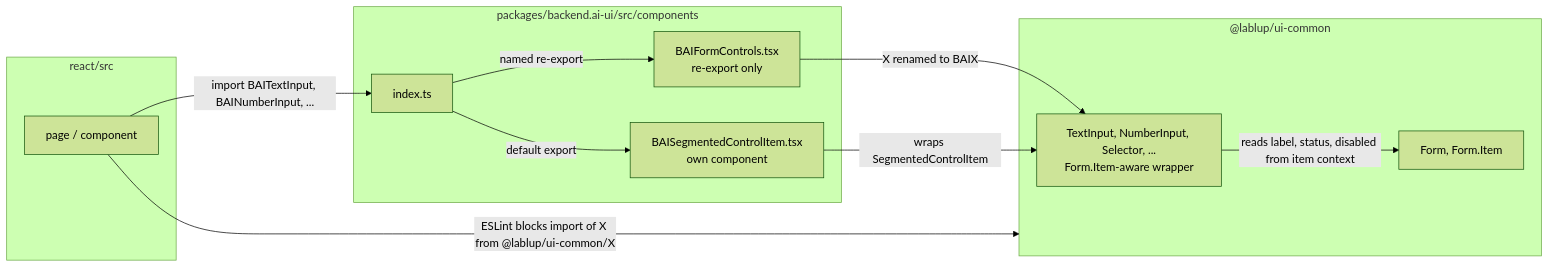
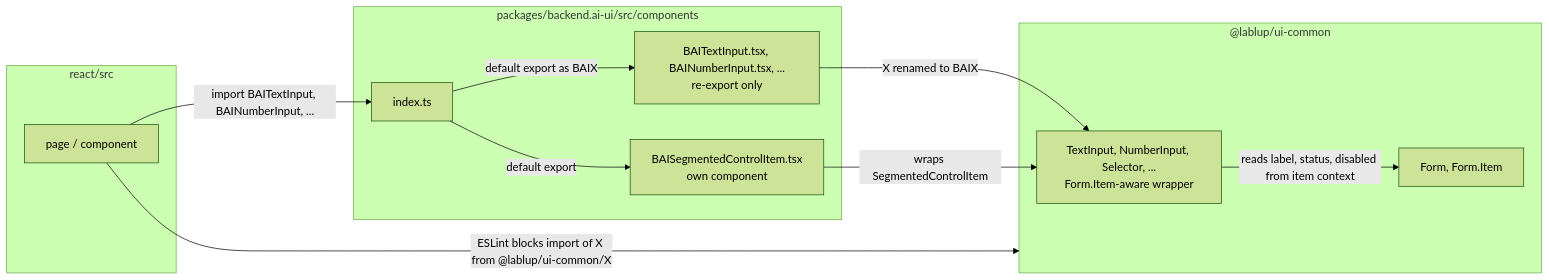
One commit to lablup/backend.ai-webui changed the diagram in docs/adr/0014-bai-names-for-ui-common-form-controls.md. Above: the diagram before and after it, drawn with Mermaid (forest theme). The commit also changed other lines of this file and 43 other files, not shown here.

````diff
--- a/docs/adr/0014-bai-names-for-ui-common-form-controls.md
+++ b/docs/adr/0014-bai-names-for-ui-common-form-controls.md
@@ -23,22 +23,22 @@
 ```mermaid
 flowchart LR
   subgraph react["react/src"]
     page["page / component"]
   end
   subgraph bui["packages/backend.ai-ui/src/components"]
     barrel["index.ts"]
-    fc["BAIFormControls.tsx<br/>re-export only"]
+    fc["BAITextInput.tsx, BAINumberInput.tsx, ...<br/>re-export only"]
     item["BAISegmentedControlItem.tsx<br/>own component"]
   end
   subgraph uic["@lablup/ui-common"]
     ctl["TextInput, NumberInput, Selector, ...<br/>Form.Item-aware wrapper"]
     form["Form, Form.Item"]
   end
   page -- "import BAITextInput, BAINumberInput, ..." --> barrel
-  barrel -- "named re-export" --> fc
+  barrel -- "default export as BAIX" --> fc
   barrel -- "default export" --> item
   fc -- "X renamed to BAIX" --> ctl
   item -- "wraps SegmentedControlItem" --> ctl
   ctl -- "reads label, status, disabled from item context" --> form
   page -- "ESLint blocks import of X from @lablup/ui-common/X" --> uic
 ```
````
